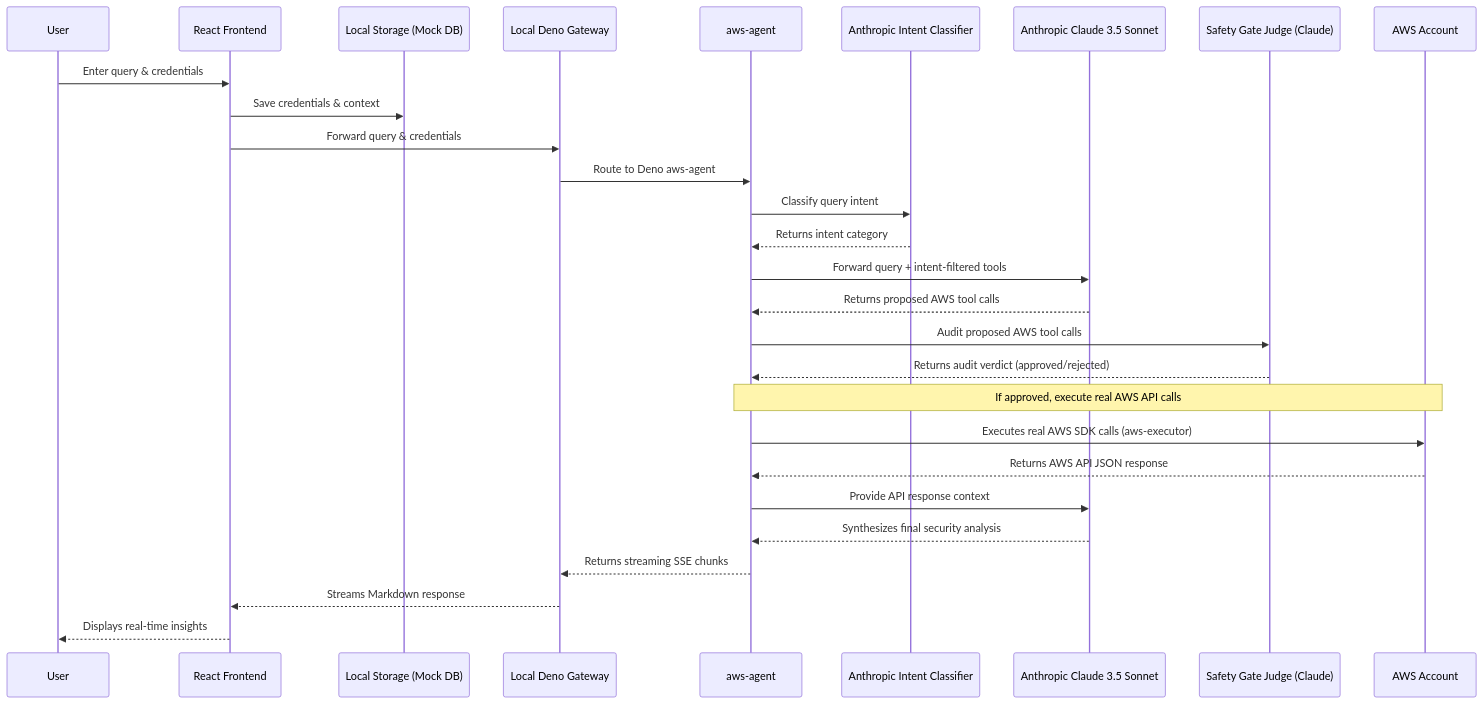
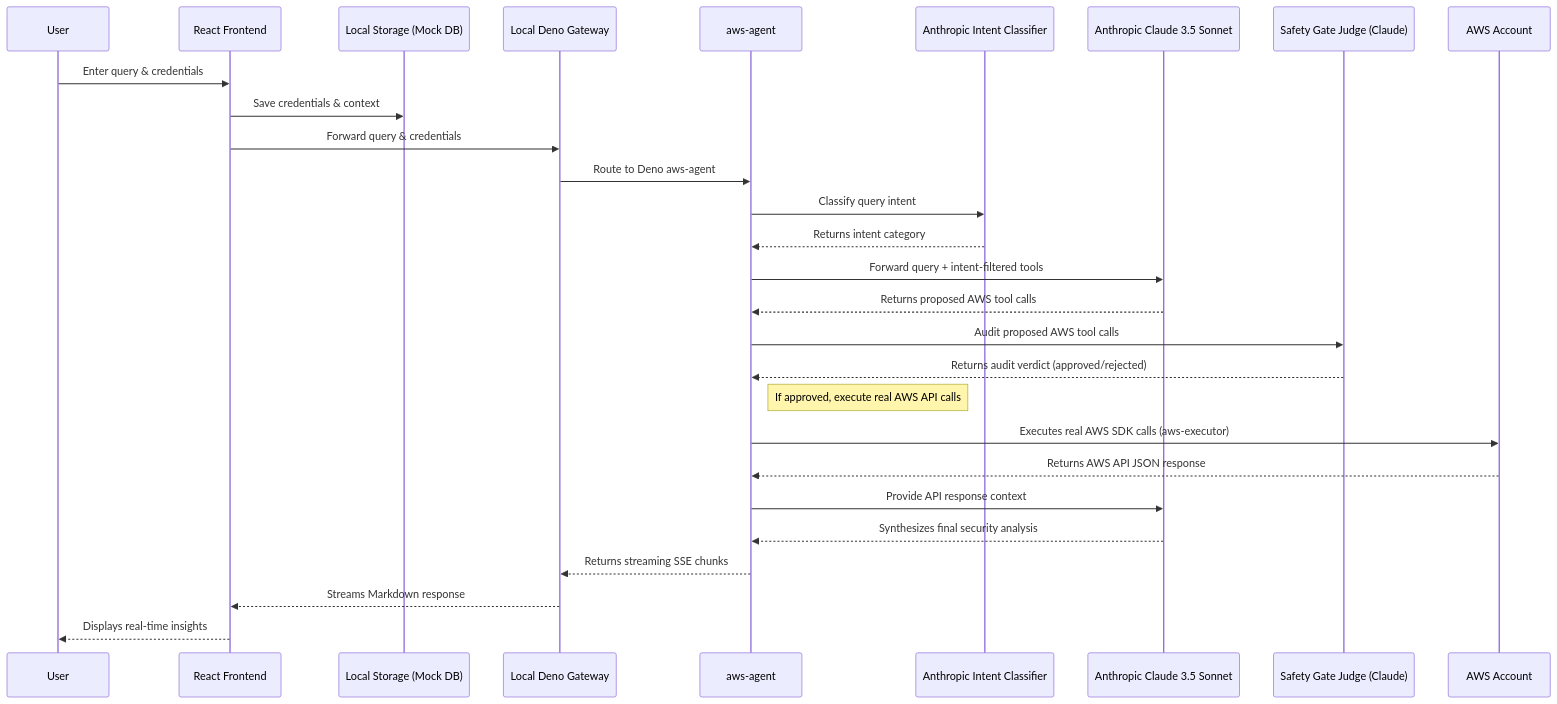
One commit to ritvikindupuri/CloudPilot-AI---AWS-Security-Agent changed the diagram in README.md. Above: the diagram before and after it, drawn with Mermaid.

Commit message:
docs: fix mermaid sequence diagram note syntax in README.md

````diff
--- a/README.md
+++ b/README.md
@@ -13,31 +13,31 @@
 ```mermaid
 sequenceDiagram
     participant User
     participant Frontend as React Frontend
     participant DB as Local Storage (Mock DB)
     participant Gateway as Local Deno Gateway
     participant Agent as aws-agent
     participant Classifier as Anthropic Intent Classifier
     participant LLM as Anthropic Claude 3.5 Sonnet
     participant Judge as Safety Gate Judge (Claude)
     participant AWS as AWS Account
 
     User->>Frontend: Enter query & credentials
     Frontend->>DB: Save credentials & context
     Frontend->>Gateway: Forward query & credentials
     Gateway->>Agent: Route to Deno aws-agent
     Agent->>Classifier: Classify query intent
     Classifier-->>Agent: Returns intent category
     Agent->>LLM: Forward query + intent-filtered tools
     LLM-->>Agent: Returns proposed AWS tool calls
     Agent->>Judge: Audit proposed AWS tool calls
     Judge-->>Agent: Returns audit verdict (approved/rejected)
-    Note over Agent, AWS: If approved, execute real AWS API calls
+    Note right of Agent: If approved, execute real AWS API calls
     Agent->>AWS: Executes real AWS SDK calls (aws-executor)
     AWS-->>Agent: Returns AWS API JSON response
     Agent->>LLM: Provide API response context
     LLM-->>Agent: Synthesizes final security analysis
     Agent-->>Gateway: Returns streaming SSE chunks
     Gateway-->>Frontend: Streams Markdown response
     Frontend-->>User: Displays real-time insights
 ```
````
